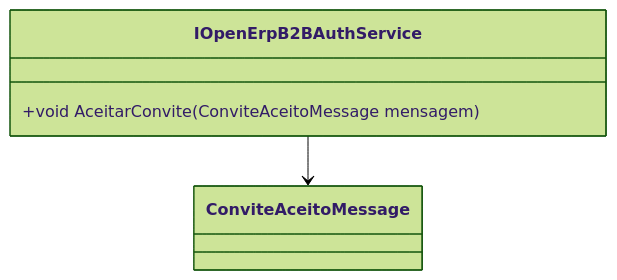
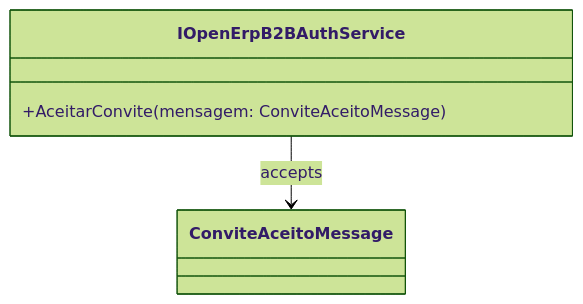
The diagram in docs/b2b-dominio/IsthmusWinthor.Nucleo/IsthmusWinthor.Dominio/Interfaces/OpenErpConectores/IOpenErpB2BAuthService.md (IsthmusSistemas/documentacao-tecnica), drawn with Mermaid (forest theme) before and after one commit. The commit also changed other lines of this file and 882 other files, not shown here.

````diff
--- a/docs/b2b-dominio/IsthmusWinthor.Nucleo/IsthmusWinthor.Dominio/Interfaces/OpenErpConectores/IOpenErpB2BAuthService.md
+++ b/docs/b2b-dominio/IsthmusWinthor.Nucleo/IsthmusWinthor.Dominio/Interfaces/OpenErpConectores/IOpenErpB2BAuthService.md
@@ -30,10 +29,9 @@
 ```mermaid
 classDiagram
     class IOpenErpB2BAuthService {
-        +void AceitarConvite(ConviteAceitoMessage mensagem)
+        +AceitarConvite(mensagem: ConviteAceitoMessage)
     }
     class ConviteAceitoMessage {
     }
-    
-    IOpenErpB2BAuthService --> ConviteAceitoMessage
-```
+    IOpenErpB2BAuthService --> ConviteAceitoMessage : accepts
+``` 
````
